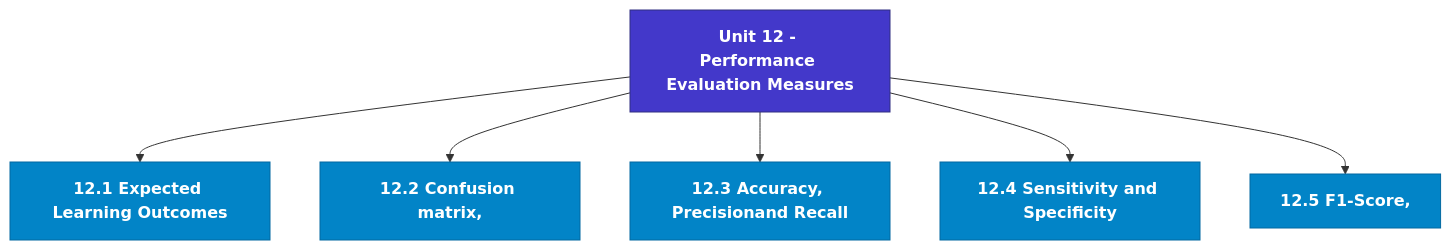
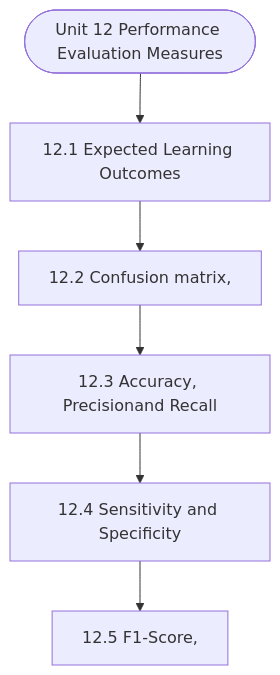
The diagram in notes/Semester_2/MCS-068_Predictive_Data_Analysis/unit_12_Performance_Evaluation_Measures.md (Asutosh-Coaching/mscdsa), drawn with Mermaid before and after one commit. The commit also changed other lines of this file and 115 other files, not shown here.

Commit message:
Fix Mermaid layout for mobile, isolate LaTeX delimiters, and add GitHub Pages reader

````diff
--- a/notes/Semester_2/MCS-068_Predictive_Data_Analysis/unit_12_Performance_Evaluation_Measures.md
+++ b/notes/Semester_2/MCS-068_Predictive_Data_Analysis/unit_12_Performance_Evaluation_Measures.md
@@ -19,19 +19,14 @@
 ```mermaid
 flowchart TD
-  %% Styling Definitions
-  classDef head fill:#4338ca,stroke:#312e81,color:#ffffff,font-weight:bold;
-  classDef topic fill:#0284c7,stroke:#0369a1,color:#ffffff,font-weight:600;
-  classDef sub fill:#1e293b,stroke:#475569,color:#f8fafc;
-
-  Root["Unit 12 - Performance Evaluation Measures"]:::head
-  M1["12.1 Expected Learning Outcomes"]:::topic
-  Root --> M1
-  M2["12.2 Confusion matrix,"]:::topic
-  Root --> M2
-  M3["12.3 Accuracy, Precisionand Recall"]:::topic
-  Root --> M3
-  M4["12.4 Sensitivity and Specificity"]:::topic
-  Root --> M4
-  M5["12.5 F1-Score,"]:::topic
-  Root --> M5
+  Start(["Unit 12 Performance Evaluation Measures"])
+  N1["12.1 Expected Learning Outcomes"]
+  N2["12.2 Confusion matrix,"]
+  N3["12.3 Accuracy, Precisionand Recall"]
+  N4["12.4 Sensitivity and Specificity"]
+  N5["12.5 F1-Score,"]
+  Start --> N1
+  N1 --> N2
+  N2 --> N3
+  N3 --> N4
+  N4 --> N5
 ```
````
